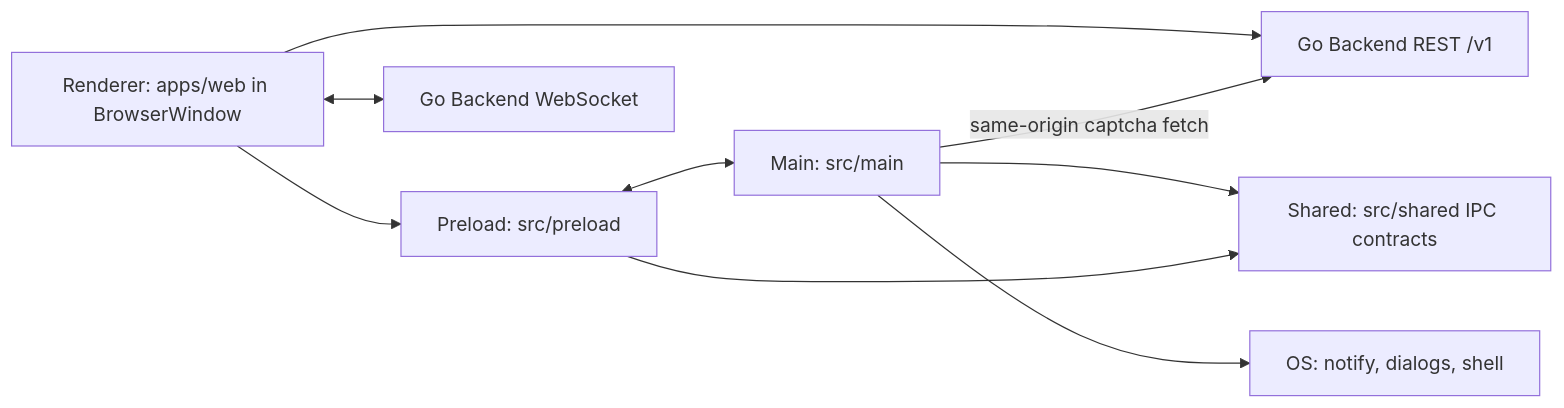
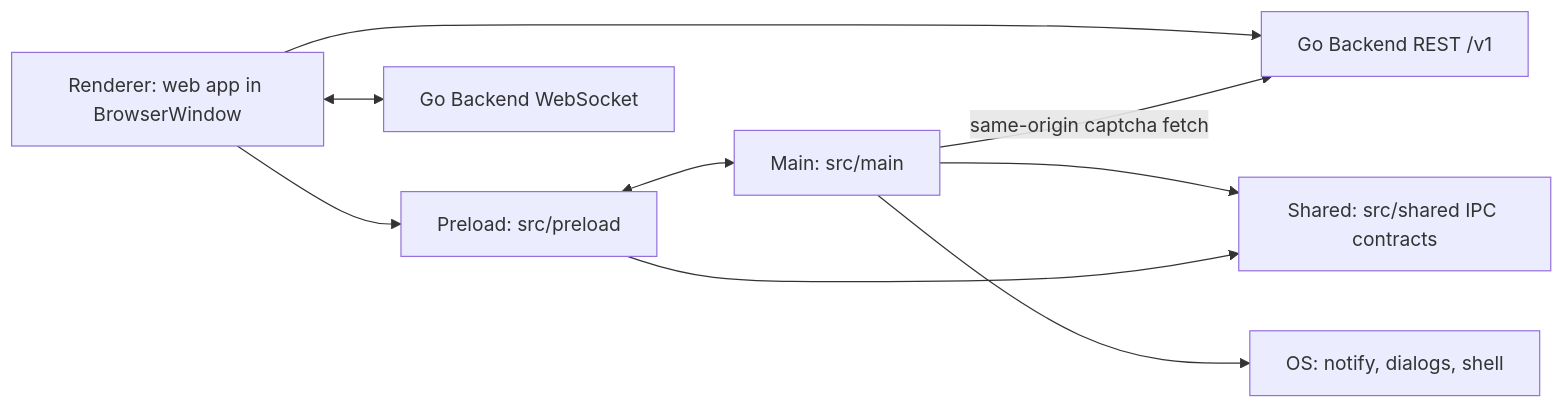
Before and after one commit to weedgit/qchat: the diagram in docs/architecture.md, drawn with Mermaid. The commit also changed other lines of this file and 20 other files, not shown here.

````diff
--- a/docs/architecture.md
+++ b/docs/architecture.md
@@ -9,19 +26,19 @@
 ```mermaid
 flowchart LR
-    UI["Renderer: apps/web in BrowserWindow"]
+    UI["Renderer: web app in BrowserWindow"]
     PRELOAD["Preload: src/preload"]
     MAIN["Main: src/main"]
     SHARED["Shared: src/shared IPC contracts"]
     API["Go Backend REST /v1"]
     WS["Go Backend WebSocket"]
     OS["OS: notify, dialogs, shell"]
 
     UI --> API
     UI <--> WS
     UI --> PRELOAD
     PRELOAD <--> MAIN
     MAIN --> SHARED
     PRELOAD --> SHARED
     MAIN --> OS
     MAIN -->|"same-origin captcha fetch"| API
 ```
````
